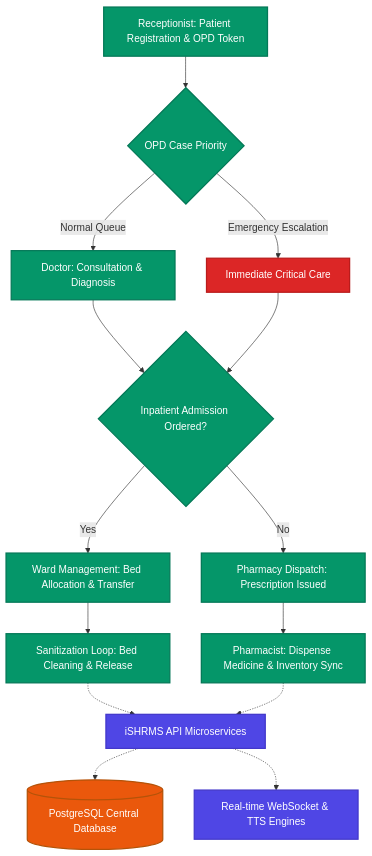
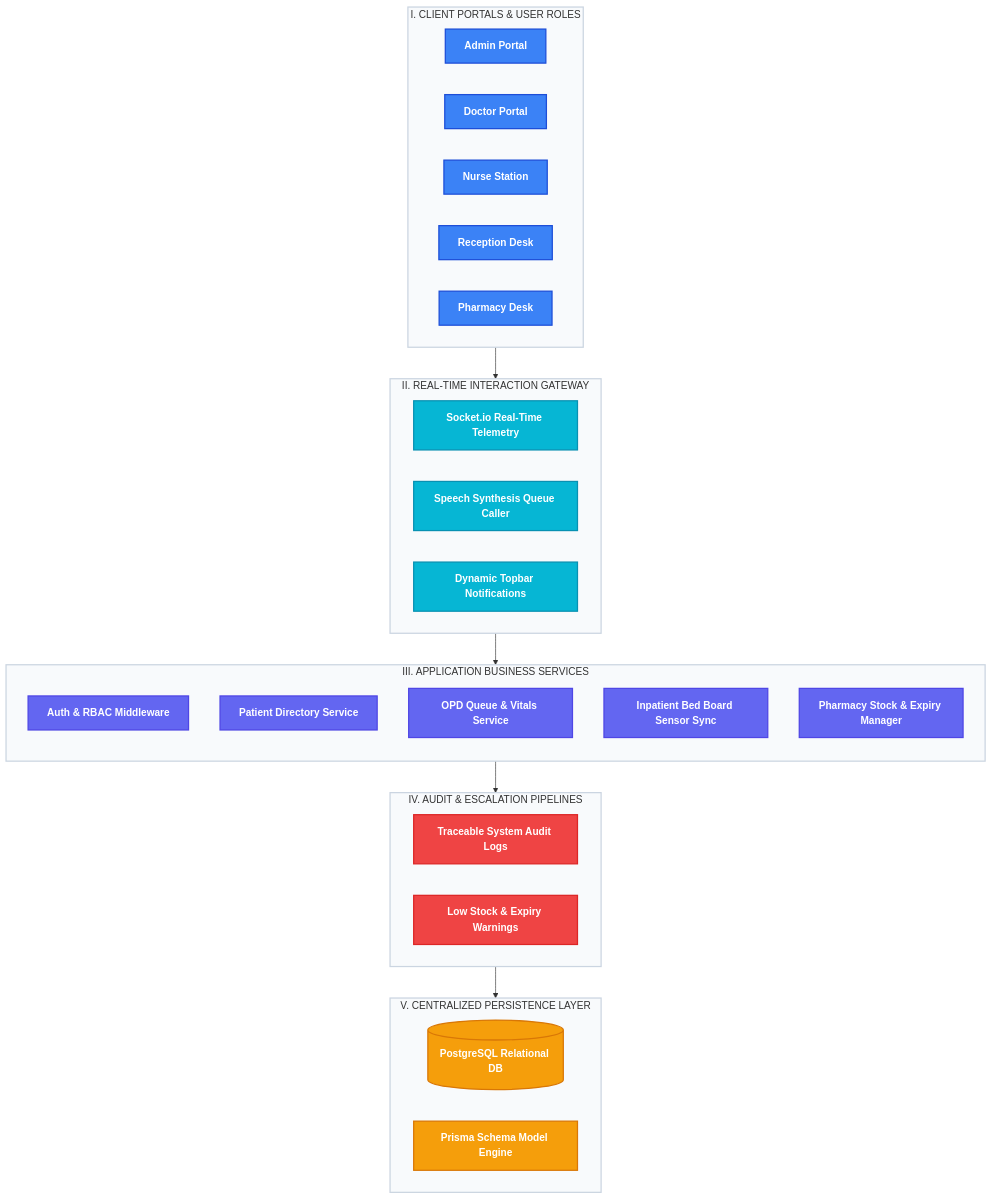
Before and after one commit to AkshayaSwati-26/iSHMRS: the diagram in README.md, drawn with Mermaid.

Commit message:
Update system architecture block diagram for high-level precision and detail

````diff
--- a/README.md
+++ b/README.md
@@ -45,27 +45,64 @@
 ```mermaid
 graph TD
-    %% Custom Node Styling for Light & Dark Mode visibility
-    classDef actor fill:#2563eb,stroke:#1d4ed8,stroke-width:2px,color:#ffffff;
-    classDef workflow fill:#059669,stroke:#047857,stroke-width:2px,color:#ffffff;
-    classDef service fill:#4f46e5,stroke:#4338ca,stroke-width:2px,color:#ffffff;
-    classDef db fill:#ea580c,stroke:#b45309,stroke-width:2px,color:#ffffff;
-    classDef alert fill:#dc2626,stroke:#b91c1c,stroke-width:2px,color:#ffffff;
+    %% Custom Styling - High-contrast colors optimized for Light & Dark modes
+    classDef client fill:#3b82f6,stroke:#1d4ed8,stroke-width:2px,color:#ffffff,font-weight:bold;
+    classDef gate fill:#06b6d4,stroke:#0891b2,stroke-width:2px,color:#ffffff,font-weight:bold;
+    classDef service fill:#6366f1,stroke:#4f46e5,stroke-width:2px,color:#ffffff,font-weight:bold;
+    classDef pipeline fill:#ef4444,stroke:#dc2626,stroke-width:2px,color:#ffffff,font-weight:bold;
+    classDef database fill:#f59e0b,stroke:#d97706,stroke-width:2px,color:#ffffff,font-weight:bold;
 
-    A[Receptionist: Patient Registration & OPD Token]:::workflow --> B{OPD Case Priority}:::workflow
-    
-    B -->|Normal Queue| C[Doctor: Consultation & Diagnosis]:::workflow
-    B -->|Emergency Escalation| D[Immediate Critical Care]:::alert
-    
-    C & D --> E{Inpatient Admission Ordered?}:::workflow
-    
-    E -->|Yes| F[Ward Management: Bed Allocation & Transfer]:::workflow
-    E -->|No| G[Pharmacy Dispatch: Prescription Issued]:::workflow
-    
-    F --> H[Sanitization Loop: Bed Cleaning & Release]:::workflow
-    G --> I[Pharmacist: Dispense Medicine & Inventory Sync]:::workflow
+    %% 1. CLIENT LAYER
+    subgraph ClientLayer [I. CLIENT PORTALS & USER ROLES]
+        direction LR
+        AdminPanel[Admin Portal]:::client
+        DoctorConsole[Doctor Portal]:::client
+        NurseStation[Nurse Station]:::client
+        ReceptionDesk[Reception Desk]:::client
+        PharmacyRegistry[Pharmacy Desk]:::client
+    end
 
-    %% System Architecture Layers
-    H & I -.-> J[iSHRMS API Microservices]:::service
-    J -.-> K[(PostgreSQL Central Database)]:::db
-    J -.-> L[Real-time WebSocket & TTS Engines]:::service
+    %% 2. REAL-TIME INTERACTION LAYER
+    subgraph SyncLayer [II. REAL-TIME INTERACTION GATEWAY]
+        direction LR
+        WS[Socket.io Real-Time Telemetry]:::gate
+        TTS[Speech Synthesis Queue Caller]:::gate
+        PushNotify[Dynamic Topbar Notifications]:::gate
+    end
+
+    %% 3. BUSINESS LOGIC LAYER
+    subgraph ServiceLayer [III. APPLICATION BUSINESS SERVICES]
+        direction TB
+        AuthServ[Auth & RBAC Middleware]:::service
+        PatientServ[Patient Directory Service]:::service
+        OPDServ[OPD Queue & Vitals Service]:::service
+        BedServ[Inpatient Bed Board Sensor Sync]:::service
+        InventoryServ[Pharmacy Stock & Expiry Manager]:::service
+    end
+
+    %% 4. PIPELINE LAYER
+    subgraph PipelineLayer [IV. AUDIT & ESCALATION PIPELINES]
+        direction LR
+        AuditTrail[Traceable System Audit Logs]:::pipeline
+        AlertEscalation[Low Stock & Expiry Warnings]:::pipeline
+    end
+
+    %% 5. DATA PERSISTENCE LAYER
+    subgraph DatabaseLayer [V. CENTRALIZED PERSISTENCE LAYER]
+        direction LR
+        Postgres[(PostgreSQL Relational DB)]:::database
+        PrismaORM[Prisma Schema Model Engine]:::database
+    end
+
+    %% Flow/Architecture Connections
+    ClientLayer --> SyncLayer
+    SyncLayer --> ServiceLayer
+    ServiceLayer --> PipelineLayer
+    PipelineLayer --> DatabaseLayer
+
+    %% Styling parent subgraphs
+    style ClientLayer fill:#f8fafc,stroke:#cbd5e1,stroke-width:2px;
+    style SyncLayer fill:#f8fafc,stroke:#cbd5e1,stroke-width:2px;
+    style ServiceLayer fill:#f8fafc,stroke:#cbd5e1,stroke-width:2px;
+    style PipelineLayer fill:#f8fafc,stroke:#cbd5e1,stroke-width:2px;
+    style DatabaseLayer fill:#f8fafc,stroke:#cbd5e1,stroke-width:2px;
 ```
````
